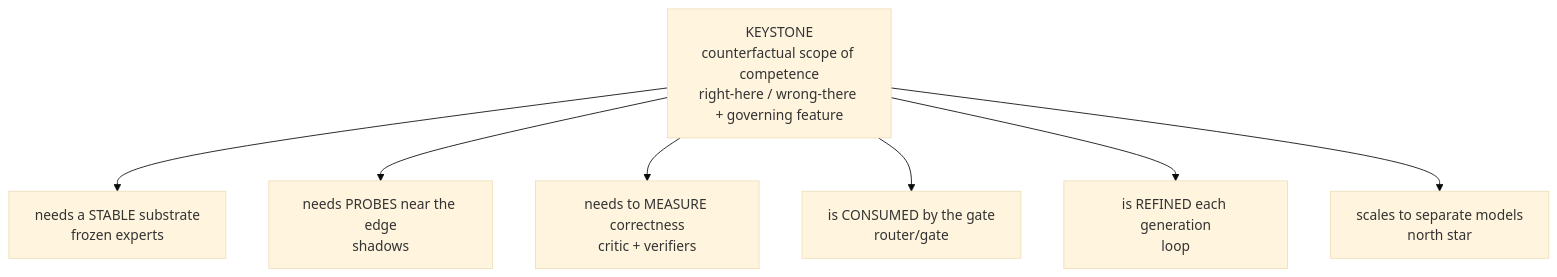
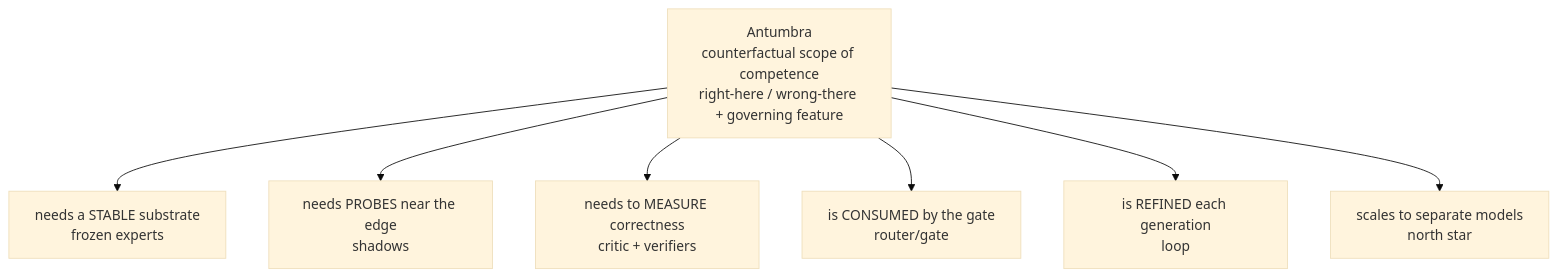
The first of 5 diagrams in docs/architecture.md (albedosehen/antumbra), drawn with Mermaid (base theme) before and after one commit. The commit also changed other lines of this file and 22 other files, not shown here.

````diff
--- a/docs/architecture.md
+++ b/docs/architecture.md
@@ -11,10 +11,10 @@
 ```mermaid
 flowchart TD
-    T["KEYSTONE<br/>counterfactual scope of competence<br/>right-here / wrong-there + governing feature"]
+    T["Antumbra<br/>counterfactual scope of competence<br/>right-here / wrong-there + governing feature"]
     T --> N1["needs a STABLE substrate<br/>frozen experts"]
     T --> N2["needs PROBES near the edge<br/>shadows"]
     T --> N3["needs to MEASURE correctness<br/>critic + verifiers"]
     T --> N4["is CONSUMED by the gate<br/>router/gate"]
     T --> N5["is REFINED each generation<br/>loop"]
     T --> N6["scales to separate models<br/>north star"]
 ```
````
